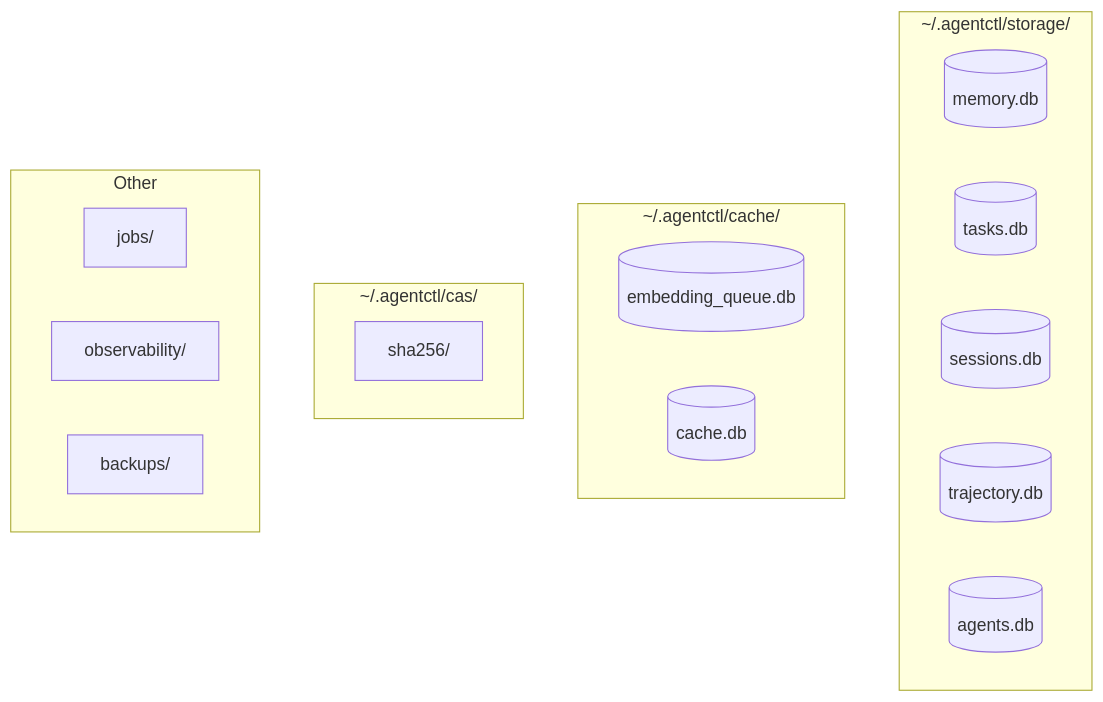
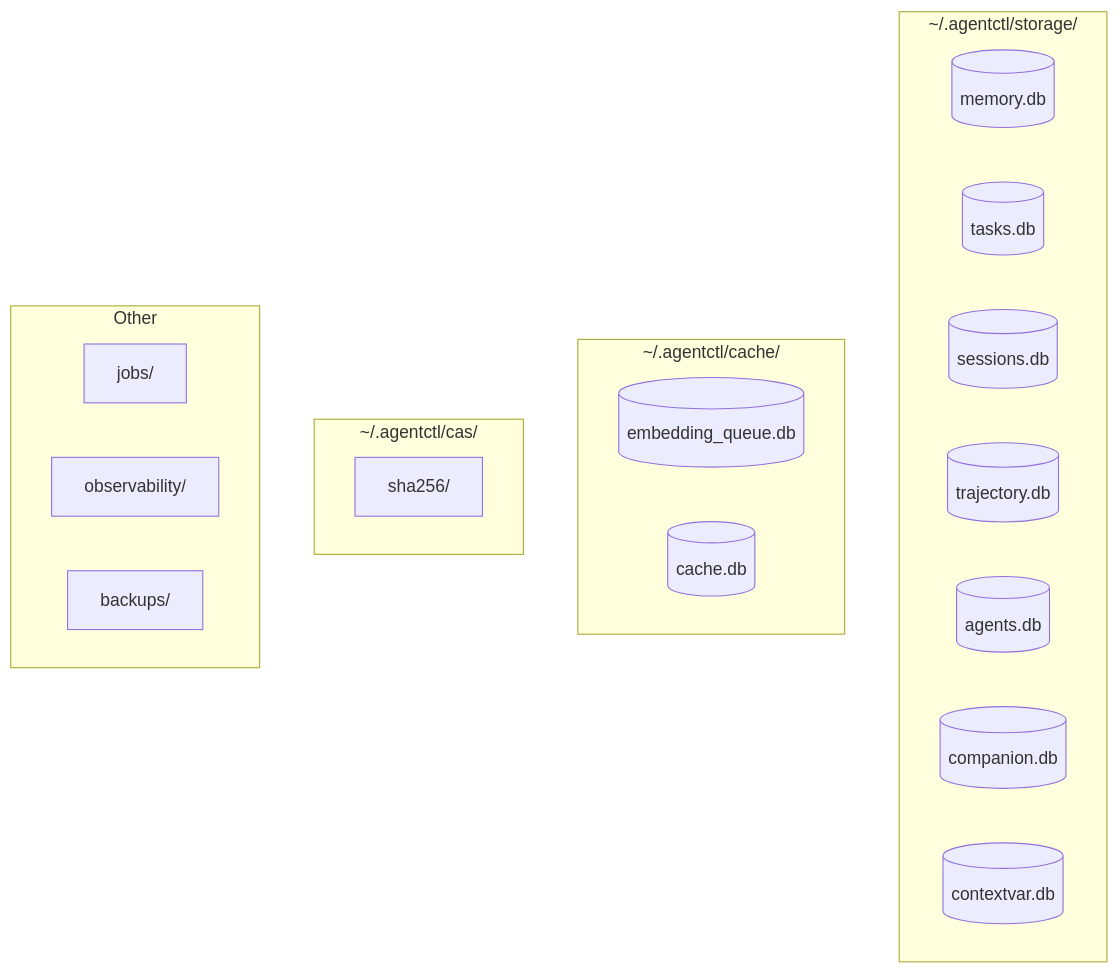
One commit to joshka0/foxctl changed the diagram in docs/general/storage.md. Above: the diagram before and after it, drawn with Mermaid. The commit also changed other lines of this file and 42 other files, not shown here.

````diff
--- a/docs/general/storage.md
+++ b/docs/general/storage.md
@@ -9,25 +9,27 @@
 ```mermaid
 flowchart TD
     subgraph Storage["~/.agentctl/storage/"]
         MEM[(memory.db)]
         TASK[(tasks.db)]
         SESS[(sessions.db)]
         TRAJ[(trajectory.db)]
         AGENT[(agents.db)]
+        COMP[(companion.db)]
+        CTXVAR[(contextvar.db)]
     end
 
     subgraph Cache["~/.agentctl/cache/"]
         EMB[(embedding_queue.db)]
         CACHE[(cache.db)]
     end
 
     subgraph CAS["~/.agentctl/cas/"]
         SHA[sha256/]
     end
 
     subgraph Other
         JOBS[jobs/]
         OBS[observability/]
         BACK[backups/]
     end
 ```
````
